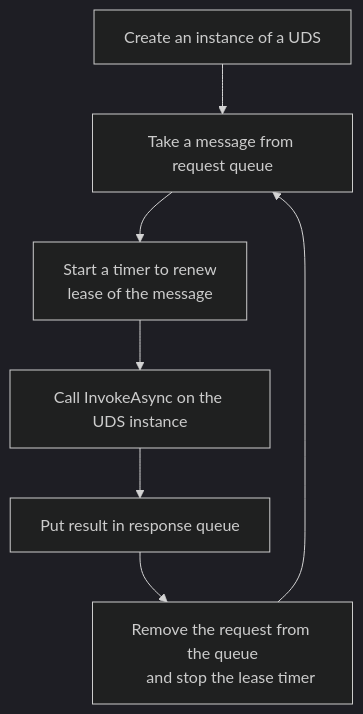
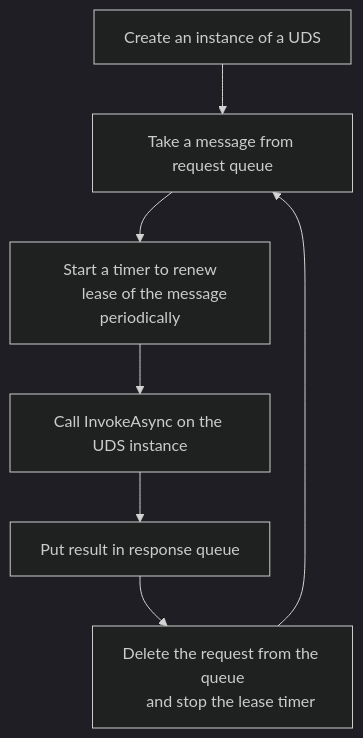
The diagram in design/draft.md (coin8086/cloudworker), drawn with Mermaid (dark theme) before and after one commit. The commit also changed other lines of this file, not shown here.

````diff
--- a/design/draft.md
+++ b/design/draft.md
@@ -22,23 +22,23 @@
 ```mermaid
 flowchart TD
     init[Create an instance of a UDS]
 
     take[Take a message from request queue]
 
     beforeCall[Start a timer to renew
-        lease of the message]
+        lease of the message periodically]
 
     callit[Call InvokeAsync on the UDS instance]
 
     put[Put result in response queue]
 
-    afterCall[Remove the request from the queue
+    afterCall[Delete the request from the queue
     and stop the lease timer]
 
     init --> take
     take --> beforeCall
     beforeCall --> callit
     callit --> put
     put --> afterCall
     afterCall --> take
 ```
````
